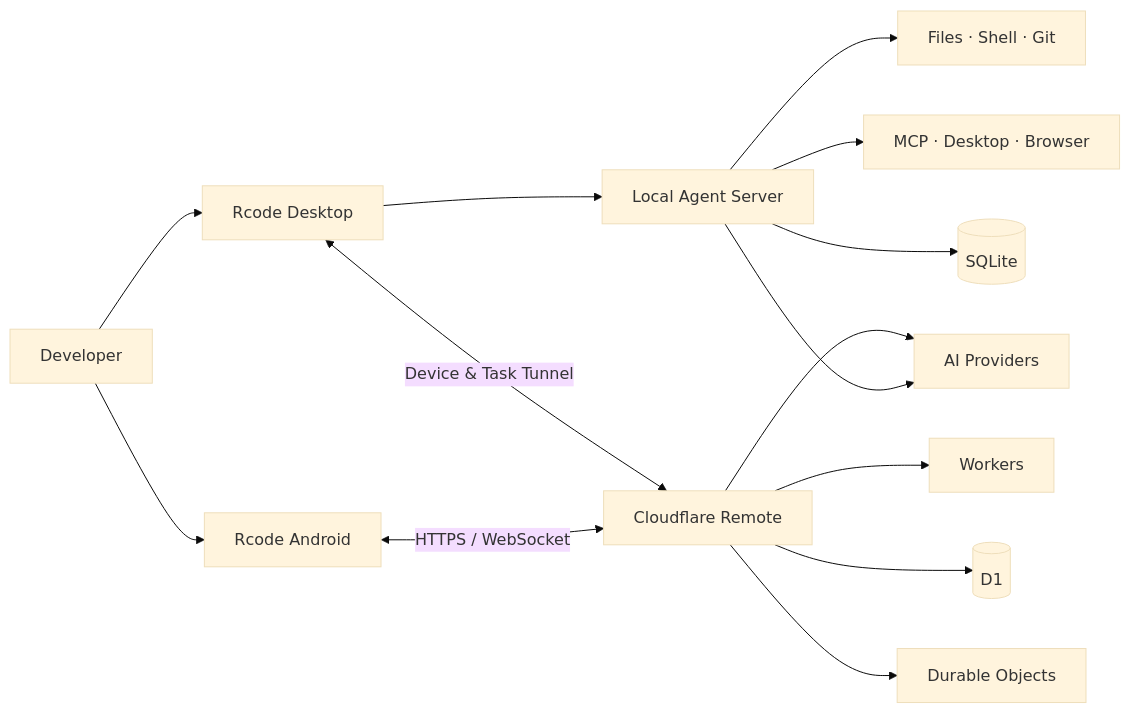
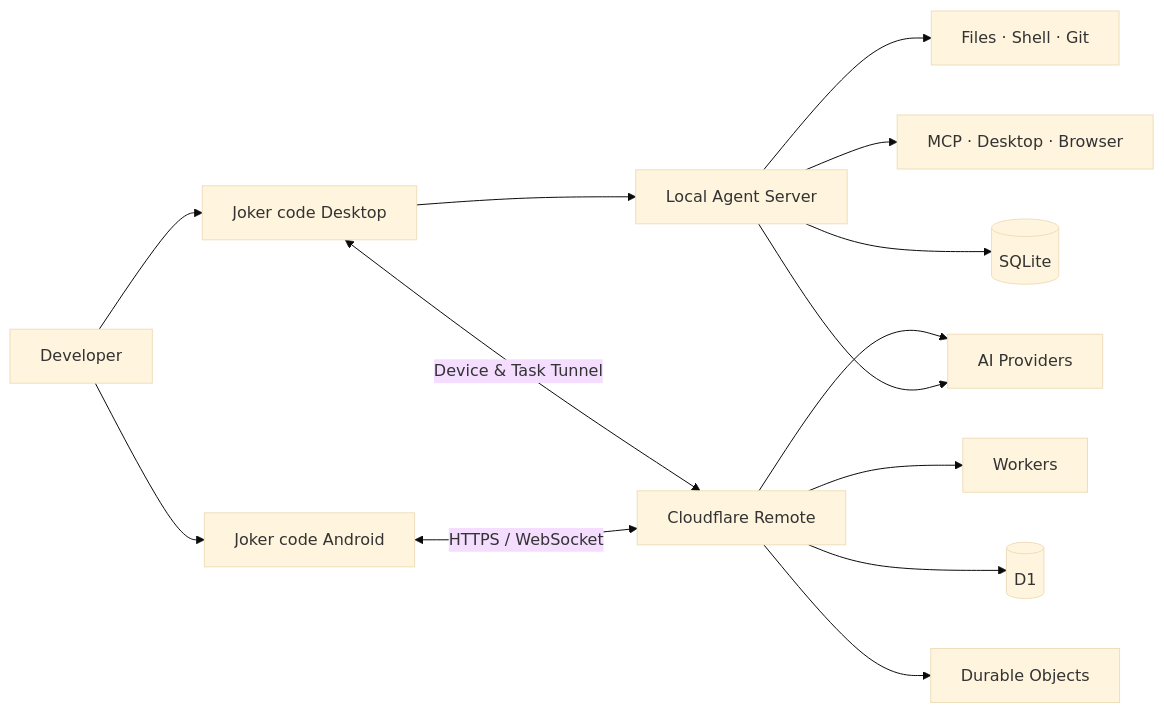
One commit to kdczyz/Joker changed the diagram in README.md. Above: the diagram before and after it, drawn with Mermaid (base theme). The commit also changed other lines of this file and 2372 other files, not shown here.

First line of the commit message:
refactor: rename Rcode → Joker

````diff
--- a/README.md
+++ b/README.md
@@ -53,18 +53,18 @@
 ```mermaid
 flowchart LR
-    U[Developer] --> D[Rcode Desktop]
-    U --> M[Rcode Android]
+    U[Developer] --> D[Joker code Desktop]
+    U --> M[Joker code Android]
 
     D --> A[Local Agent Server]
     A --> P[AI Providers]
     A --> T[Files · Shell · Git]
     A --> X[MCP · Desktop · Browser]
     A --> S[(SQLite)]
 
     M <-->|HTTPS / WebSocket| C[Cloudflare Remote]
     D <-->|Device & Task Tunnel| C
     C --> W[Workers]
     C --> DB[(D1)]
     C --> DO[Durable Objects]
     C --> P
 ```
````
